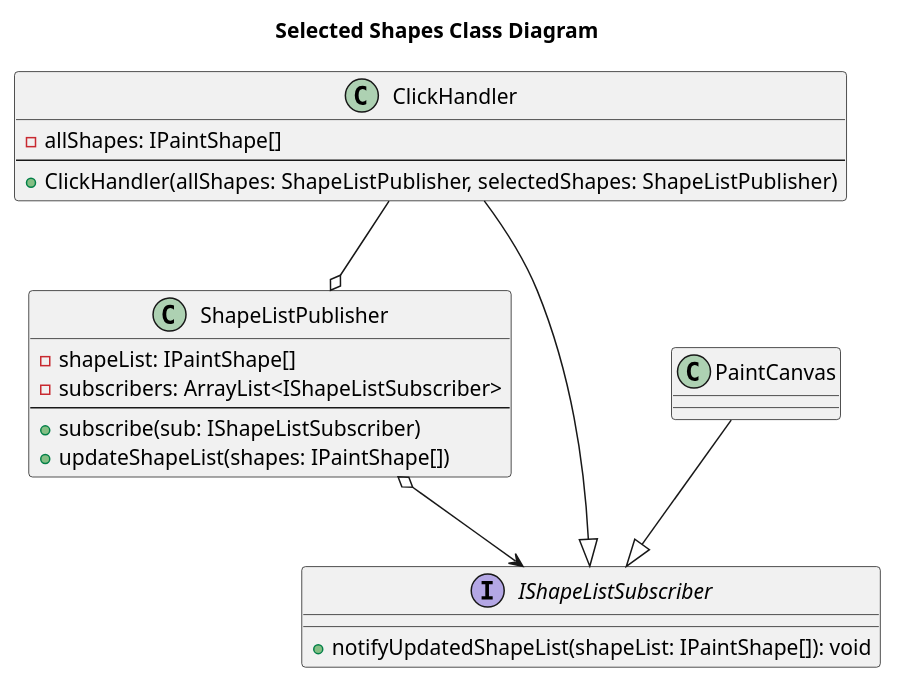
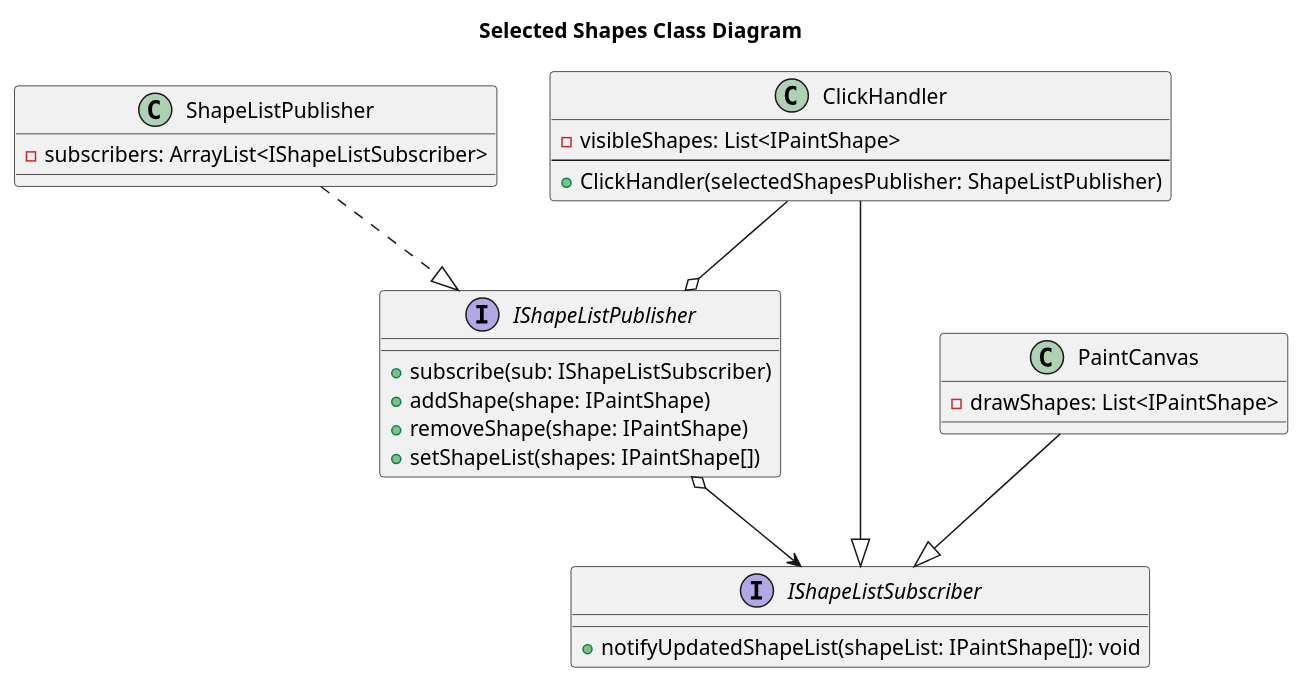
Before and after one commit to johnsmillie-portfolio/SE450-JPaint: the diagram in documentation/shape list observer class diagram.plantuml, drawn with PlantUML. The commit also changed 1 other file, not shown here.

```diff
--- a/documentation/shape list observer class diagram.plantuml
+++ b/documentation/shape list observer class diagram.plantuml
@@ -1,30 +1,36 @@
 @startuml Shape List Observer class diagram
 title Selected Shapes Class Diagram
 
 class ClickHandler {
-    - allShapes: IPaintShape[]
+    - visibleShapes: List<IPaintShape>
     --
-    + ClickHandler(allShapes: ShapeListPublisher, selectedShapes: ShapeListPublisher)
+    + ClickHandler(selectedShapesPublisher: ShapeListPublisher)
+}
+
+interface IShapeListPublisher {
+    + subscribe(sub: IShapeListSubscriber)
+    + addShape(shape: IPaintShape)
+    + removeShape(shape: IPaintShape)
+    + setShapeList(shapes: IPaintShape[])
 }
 
 class ShapeListPublisher {
-    - shapeList: IPaintShape[]
     - subscribers: ArrayList<IShapeListSubscriber>
-    --
-    + subscribe(sub: IShapeListSubscriber)
-    + updateShapeList(shapes: IPaintShape[])
 }
 
 interface IShapeListSubscriber {
     + notifyUpdatedShapeList(shapeList: IPaintShape[]): void
 }
 
-class PaintCanvas {}
+class PaintCanvas {
+    - drawShapes: List<IPaintShape>
+}
 
 PaintCanvas --|> IShapeListSubscriber
 ClickHandler --|> IShapeListSubscriber
-ClickHandler --o ShapeListPublisher
-ShapeListPublisher o--> IShapeListSubscriber
+ClickHandler --o IShapeListPublisher
+ShapeListPublisher ..|> IShapeListPublisher
+IShapeListPublisher o--> IShapeListSubscriber
 
 
 @enduml
```
